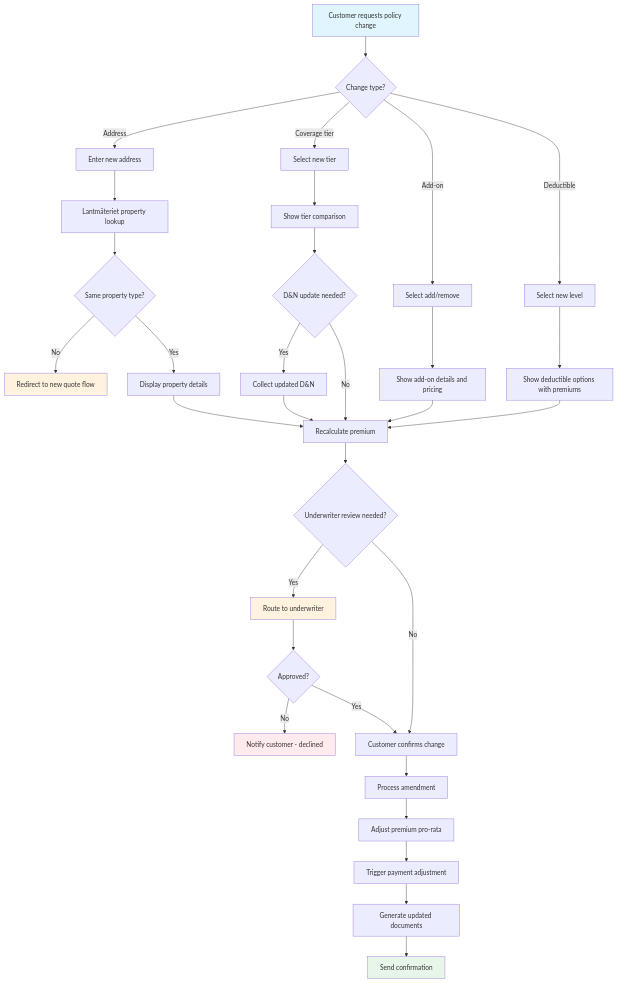
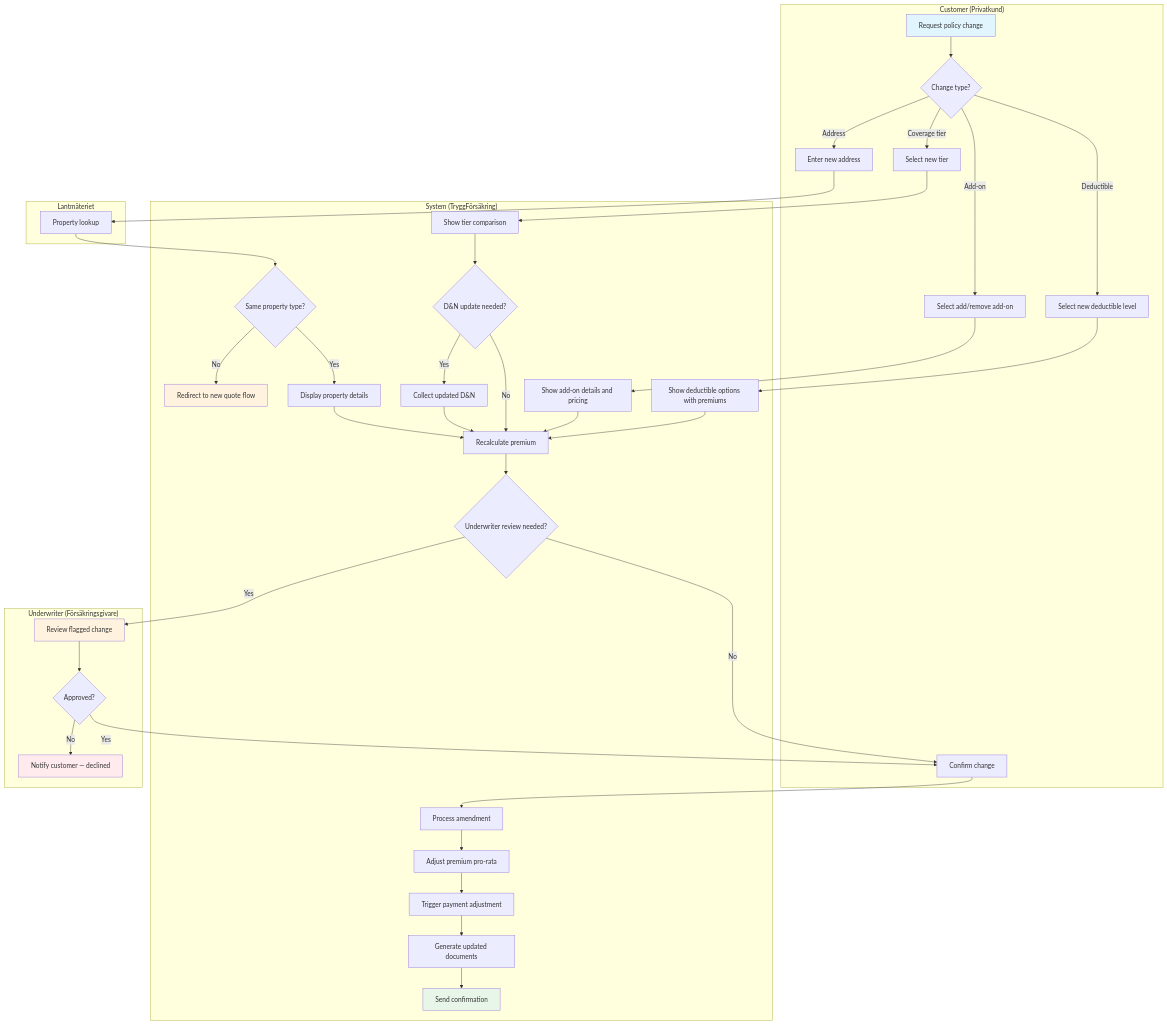
The first of 6 diagrams in docs/phase-2-home-property/use-cases/policy-administration.md (Agentic-software-factory/insurance-platform-requirements), drawn with Mermaid before and after one commit. The commit also changed other lines of this file and 9 other files, not shown here.

First line of the commit message:
docs(#122): Upgrade flowcharts to swimlane format for Phase 2 Home & Property use cases (#132)

````diff
--- a/docs/phase-2-home-property/use-cases/policy-administration.md
+++ b/docs/phase-2-home-property/use-cases/policy-administration.md
@@ -73,41 +73,79 @@
 ```mermaid
 flowchart TD
-    A[Customer requests policy change] --> B{Change type?}
-    B -->|Address| C[Enter new address]
-    B -->|Coverage tier| D[Select new tier]
-    B -->|Add-on| E[Select add/remove]
-    B -->|Deductible| F[Select new level]
+    subgraph Customer ["Customer (Privatkund)"]
+        A[Request policy change]
+        B{Change type?}
+        C[Enter new address]
+        D[Select new tier]
+        E[Select add/remove add-on]
+        F[Select new deductible level]
+        U[Confirm change]
+    end
 
-    C --> G[Lantmäteriet property lookup]
-    G --> H{Same property type?}
-    H -->|No| I[Redirect to new quote flow]
-    H -->|Yes| J[Display property details]
-    J --> K[Recalculate premium]
+    subgraph Lantmäteriet
+        G[Property lookup]
+    end
 
-    D --> L[Show tier comparison]
-    L --> M{D&N update needed?}
-    M -->|Yes| N[Collect updated D&N]
+    subgraph System ["System (TryggFörsäkring)"]
+        H{Same property type?}
+        I[Redirect to new quote flow]
+        J[Display property details]
+        K[Recalculate premium]
+        L[Show tier comparison]
+        M{D&N update needed?}
+        N[Collect updated D&N]
+        O[Show add-on details and pricing]
+        P[Show deductible options with premiums]
+        Q{Underwriter review needed?}
+        V[Process amendment]
+        W[Adjust premium pro-rata]
+        X[Trigger payment adjustment]
+        Y[Generate updated documents]
+        Z[Send confirmation]
+    end
+
+    subgraph Underwriter ["Underwriter (Försäkringsgivare)"]
+        R[Review flagged change]
+        S{Approved?}
+        T[Notify customer — declined]
+    end
+
+    A --> B
+    B -->|Address| C
+    B -->|Coverage tier| D
+    B -->|Add-on| E
+    B -->|Deductible| F
+
+    C --> G
+    G --> H
+    H -->|No| I
+    H -->|Yes| J
+    J --> K
+
+    D --> L
+    L --> M
+    M -->|Yes| N
     N --> K
     M -->|No| K
 
-    E --> O[Show add-on details and pricing]
+    E --> O
     O --> K
 
-    F --> P[Show deductible options with premiums]
+    F --> P
     P --> K
 
-    K --> Q{Underwriter review needed?}
-    Q -->|Yes| R[Route to underwriter]
-    R --> S{Approved?}
-    S -->|No| T[Notify customer - declined]
-    S -->|Yes| U[Customer confirms change]
+    K --> Q
+    Q -->|Yes| R
+    R --> S
+    S -->|No| T
+    S -->|Yes| U
     Q -->|No| U
 
-    U --> V[Process amendment]
-    V --> W[Adjust premium pro-rata]
-    W --> X[Trigger payment adjustment]
-    X --> Y[Generate updated documents]
-    Y --> Z[Send confirmation]
+    U --> V
+    V --> W
+    W --> X
+    X --> Y
+    Y --> Z
 
     style A fill:#e1f5fe
     style Z fill:#e8f5e9
````
